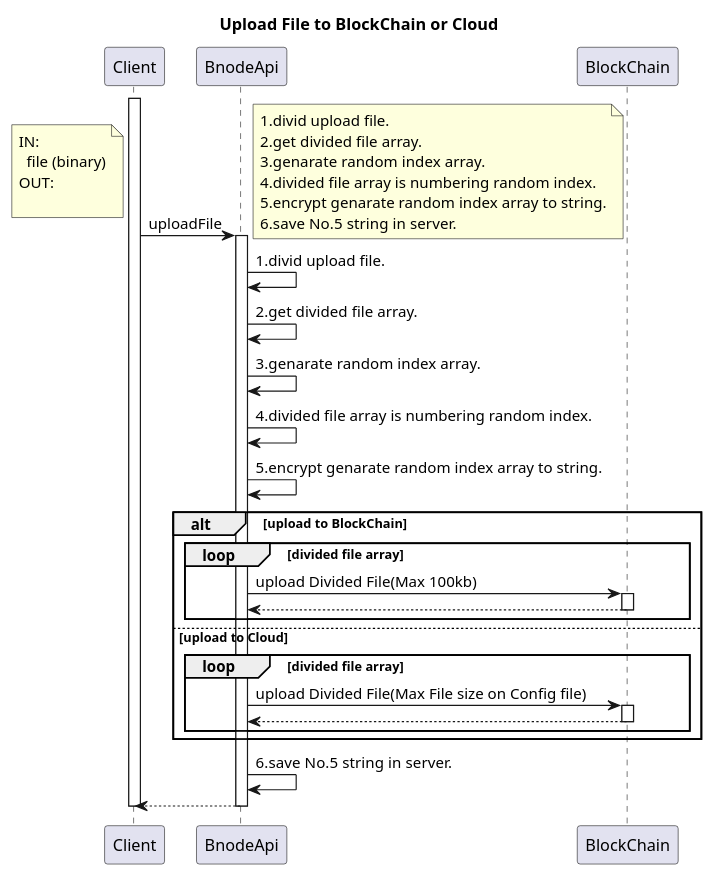
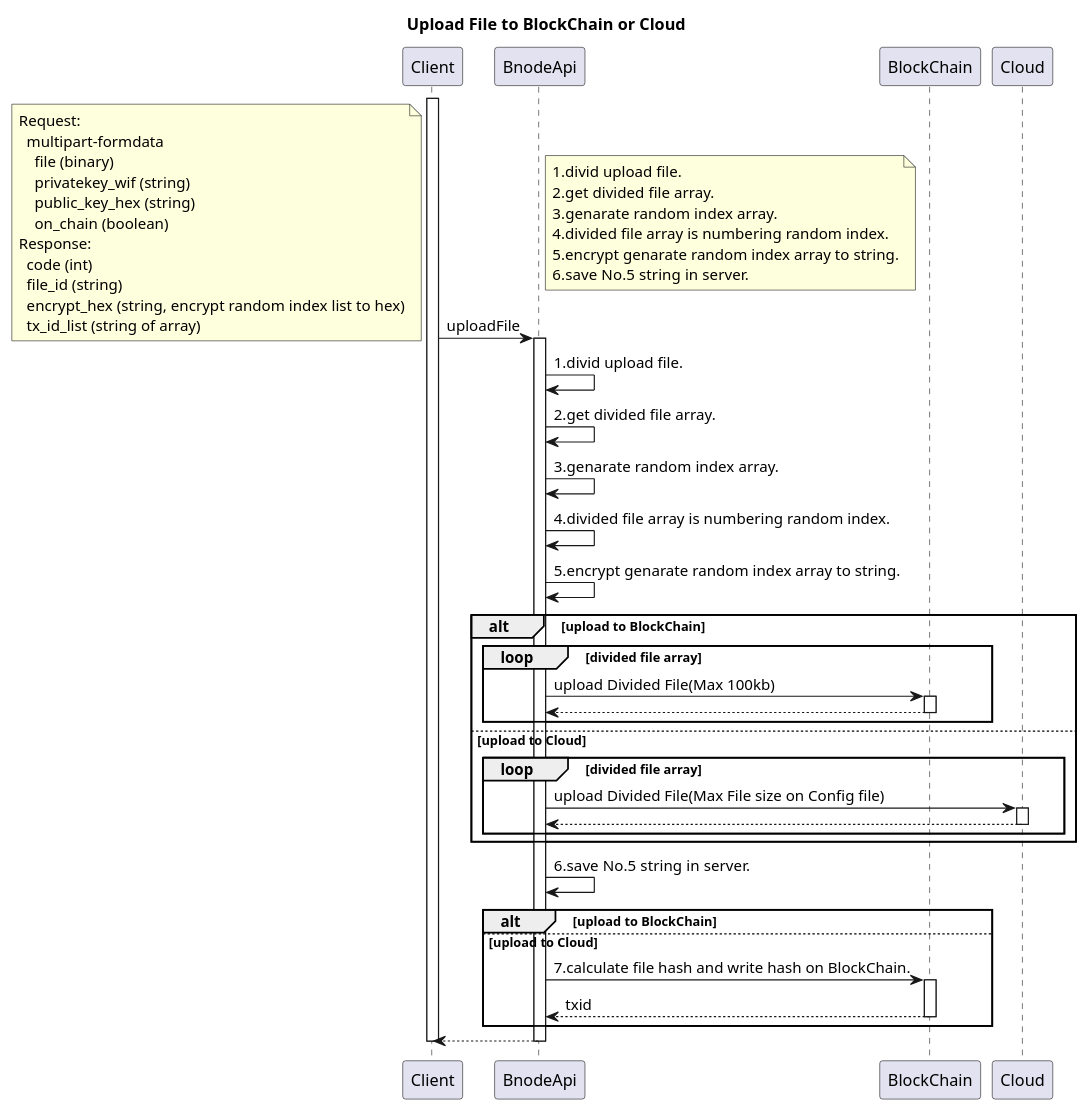
Before and after one commit to infinith4/bnode_doc: the diagram in spec/upload_split_files.pu, drawn with PlantUML. The commit also changed 1 other file, not shown here.

Commit message:
fetched current source code

```diff
--- a/spec/upload_split_files.pu
+++ b/spec/upload_split_files.pu
@@ -1,62 +1,76 @@
 @startuml
 title Upload File to BlockChain or Cloud
 
 activate Client
 Client -> BnodeApi : uploadFile
 
 note left
-IN:
-  file (binary)
-OUT:
-  
+Request:
+  multipart-formdata
+    file (binary)
+    privatekey_wif (string)
+    public_key_hex (string)
+    on_chain (boolean)
+Response:
+  code (int)
+  file_id (string)
+  encrypt_hex (string, encrypt random index list to hex)
+  tx_id_list (string of array)
 end note
 
 activate BnodeApi
 
 note right
 1.divid upload file.
 2.get divided file array.
 3.genarate random index array.
 4.divided file array is numbering random index.
 5.encrypt genarate random index array to string.
 6.save No.5 string in server.
 end note
 
 BnodeApi -> BnodeApi : 1.divid upload file.
 BnodeApi -> BnodeApi : 2.get divided file array.
 BnodeApi -> BnodeApi : 3.genarate random index array.
 BnodeApi -> BnodeApi : 4.divided file array is numbering random index.
 BnodeApi -> BnodeApi : 5.encrypt genarate random index array to string.
 
 alt upload to BlockChain
   loop divided file array
       BnodeApi -> BlockChain : upload Divided File(Max 100kb)
       ' BnodeApi -> BnodeApi : do No.6
       activate BlockChain
 
       return
   end
 else upload to Cloud
   loop divided file array
-      BnodeApi -> BlockChain : upload Divided File(Max File size on Config file)
+      BnodeApi -> Cloud : upload Divided File(Max File size on Config file)
       ' BnodeApi -> BnodeApi : do No.6
-      activate BlockChain
+      activate Cloud
 
       return
   end
 end
 
 BnodeApi -> BnodeApi : 6.save No.5 string in server.
 
+alt upload to BlockChain
+
+else upload to Cloud
+  BnodeApi -> BlockChain : 7.calculate file hash and write hash on BlockChain.
+  activate BlockChain
+  return txid
+end
 
 return
 
 deactivate BlockChain
 deactivate BnodeApi
 
 
 deactivate Client
 
 
 
 @enduml
```
